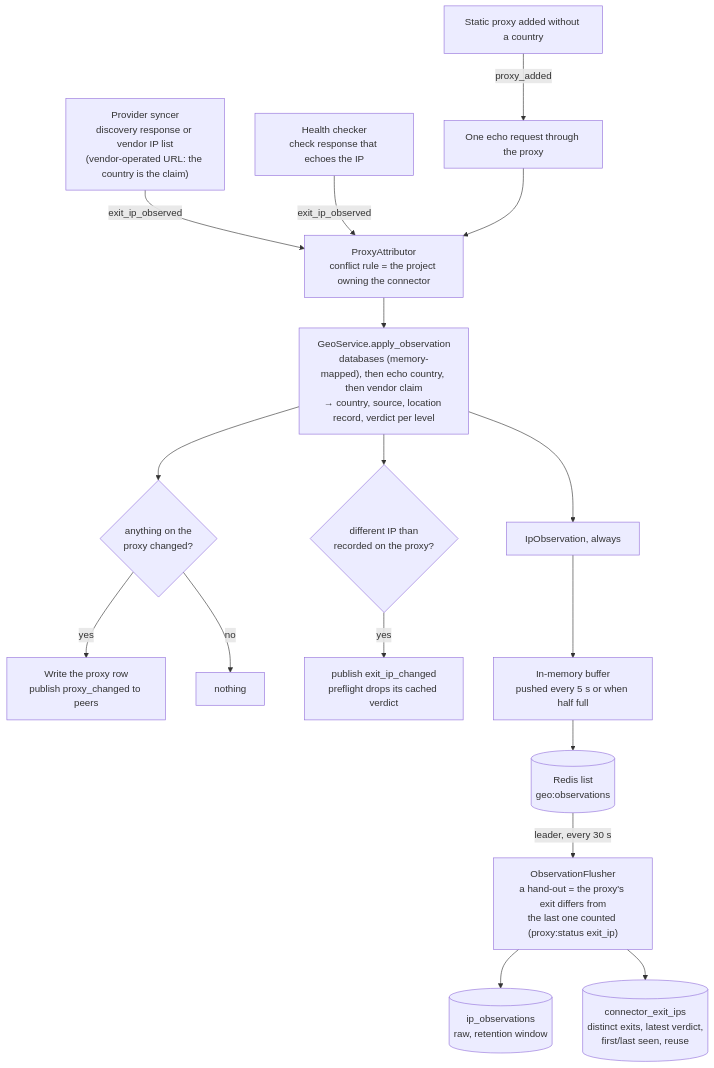
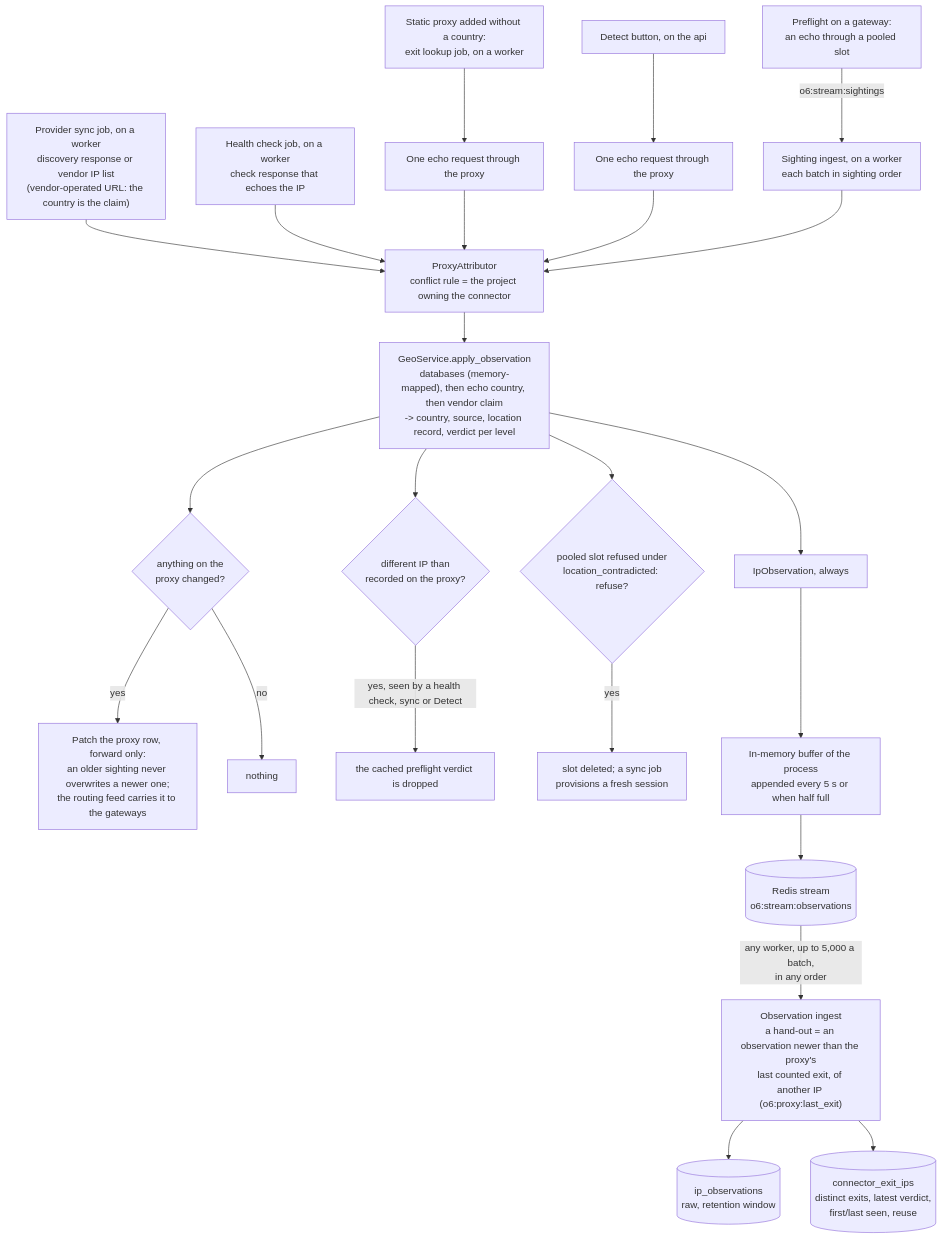
Before and after one commit to octoprox/octoprox: the first of 4 diagrams in docs/ip-attribution.md, drawn with Mermaid. The commit also changed other lines of this file and 467 other files, not shown here.

````diff
--- a/docs/ip-attribution.md
+++ b/docs/ip-attribution.md
@@ -26,19 +26,23 @@
 ```mermaid
 flowchart TD
-    syncer["Provider syncer<br/>discovery response or vendor IP list<br/>(vendor-operated URL: the country is the claim)"] -->|exit_ip_observed| attributor
-    hc["Health checker<br/>check response that echoes the IP"] -->|exit_ip_observed| attributor
-    added["Static proxy added without a country"] -->|proxy_added| echo1["One echo request through the proxy"] --> attributor
+    sync["Provider sync job, on a worker<br/>discovery response or vendor IP list<br/>(vendor-operated URL: the country is the claim)"] --> attributor
+    hc["Health check job, on a worker<br/>check response that echoes the IP"] --> attributor
+    added["Static proxy added without a country:<br/>exit lookup job, on a worker"] --> echo1["One echo request through the proxy"] --> attributor
+    detect["Detect button, on the api"] --> echo2["One echo request through the proxy"] --> attributor
+    preflight["Preflight on a gateway:<br/>an echo through a pooled slot"] -->|"o6:stream:sightings"| ingest["Sighting ingest, on a worker<br/>each batch in sighting order"] --> attributor
     attributor["ProxyAttributor<br/>conflict rule = the project owning the connector"] --> resolve
-    resolve["GeoService.apply_observation<br/>databases (memory-mapped), then echo country, then vendor claim<br/>→ country, source, location record, verdict per level"]
+    resolve["GeoService.apply_observation<br/>databases (memory-mapped), then echo country, then vendor claim<br/>-> country, source, location record, verdict per level"]
     resolve --> changed{"anything on the<br/>proxy changed?"}
-    changed -->|yes| write["Write the proxy row<br/>publish proxy_changed to peers"]
+    changed -->|yes| write["Patch the proxy row, forward only:<br/>an older sighting never overwrites a newer one;<br/>the routing feed carries it to the gateways"]
     changed -->|no| nothing["nothing"]
     resolve --> moved{"different IP than<br/>recorded on the proxy?"}
-    moved -->|yes| drop["publish exit_ip_changed<br/>preflight drops its cached verdict"]
+    moved -->|"yes, seen by a health check, sync or Detect"| drop["the cached preflight verdict is dropped"]
+    resolve --> refused{"pooled slot refused under<br/>location_contradicted: refuse?"}
+    refused -->|yes| rotate["slot deleted; a sync job<br/>provisions a fresh session"]
     resolve --> obs["IpObservation, always"]
-    obs --> buffer["In-memory buffer<br/>pushed every 5 s or when half full"]
-    buffer --> redis[("Redis list<br/>geo:observations")]
-    redis -->|leader, every 30 s| flusher["ObservationFlusher<br/>a hand-out = the proxy's exit differs from<br/>the last one counted (proxy:status exit_ip)"]
+    obs --> buffer["In-memory buffer of the process<br/>appended every 5 s or when half full"]
+    buffer --> redis[("Redis stream<br/>o6:stream:observations")]
+    redis -->|"any worker, up to 5,000 a batch,<br/>in any order"| flusher["Observation ingest<br/>a hand-out = an observation newer than the proxy's<br/>last counted exit, of another IP (o6:proxy:last_exit)"]
     flusher --> raw[("ip_observations<br/>raw, retention window")]
     flusher --> exits[("connector_exit_ips<br/>distinct exits, latest verdict,<br/>first/last seen, reuse")]
 ```
````
